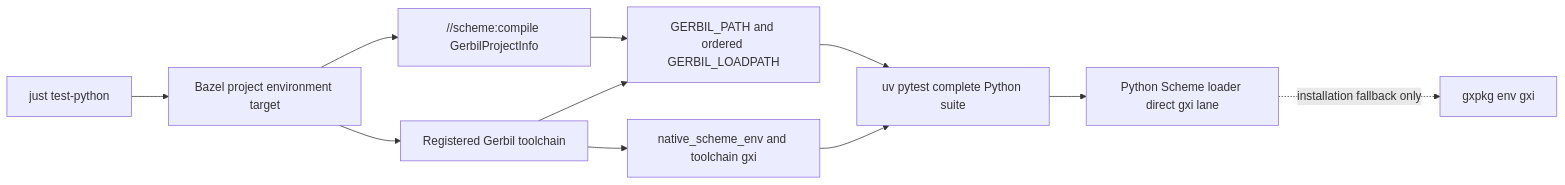
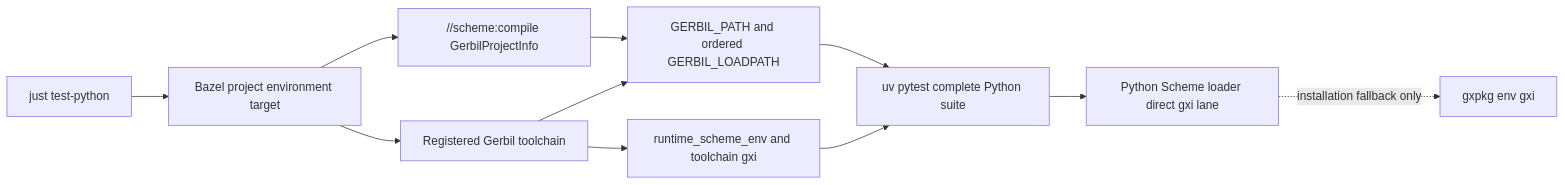
Before and after one commit to tao3k/gebril-yuanxu: the second of 2 diagrams in module-system/design/155-gerbil-bazel-downstream-convergence.org, drawn with Mermaid. The commit also changed other lines of this file and 1469 other files, not shown here.

```diff
--- a/module-system/design/155-gerbil-bazel-downstream-convergence.org
+++ b/module-system/design/155-gerbil-bazel-downstream-convergence.org
@@ -164,13 +164,13 @@
 #+begin_src mermaid
 flowchart LR
   JUST["just test-python"] --> BAZEL["Bazel project environment target"]
   BAZEL --> PROJECT["//scheme:compile GerbilProjectInfo"]
   BAZEL --> TOOLCHAIN["Registered Gerbil toolchain"]
   PROJECT --> LOADPATH["GERBIL_PATH and ordered GERBIL_LOADPATH"]
   TOOLCHAIN --> LOADPATH
-  TOOLCHAIN --> NATIVE["native_scheme_env and toolchain gxi"]
+  TOOLCHAIN --> RUNTIME["runtime_scheme_env and toolchain gxi"]
   LOADPATH --> PYTEST["uv pytest complete Python suite"]
-  NATIVE --> PYTEST
+  RUNTIME --> PYTEST
   PYTEST --> LOADER["Python Scheme loader direct gxi lane"]
   LOADER -. "installation fallback only" .-> GXPKG["gxpkg env gxi"]
 #+end_src
```
